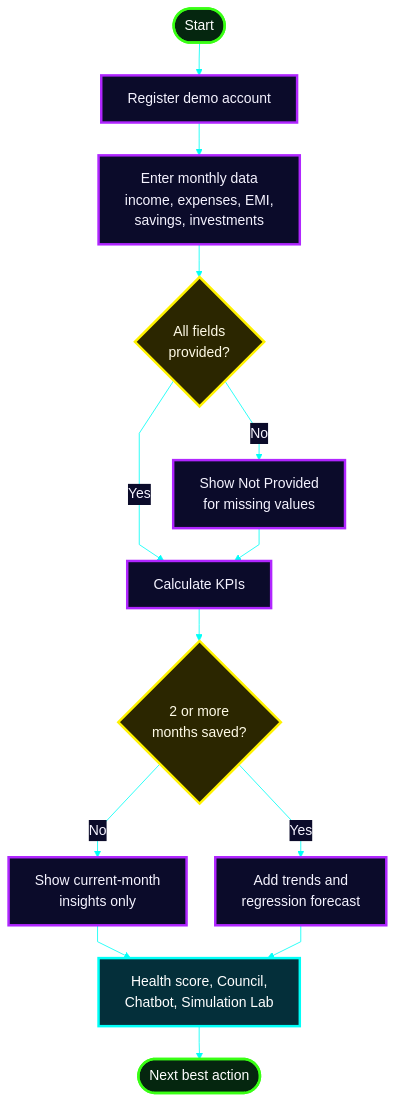
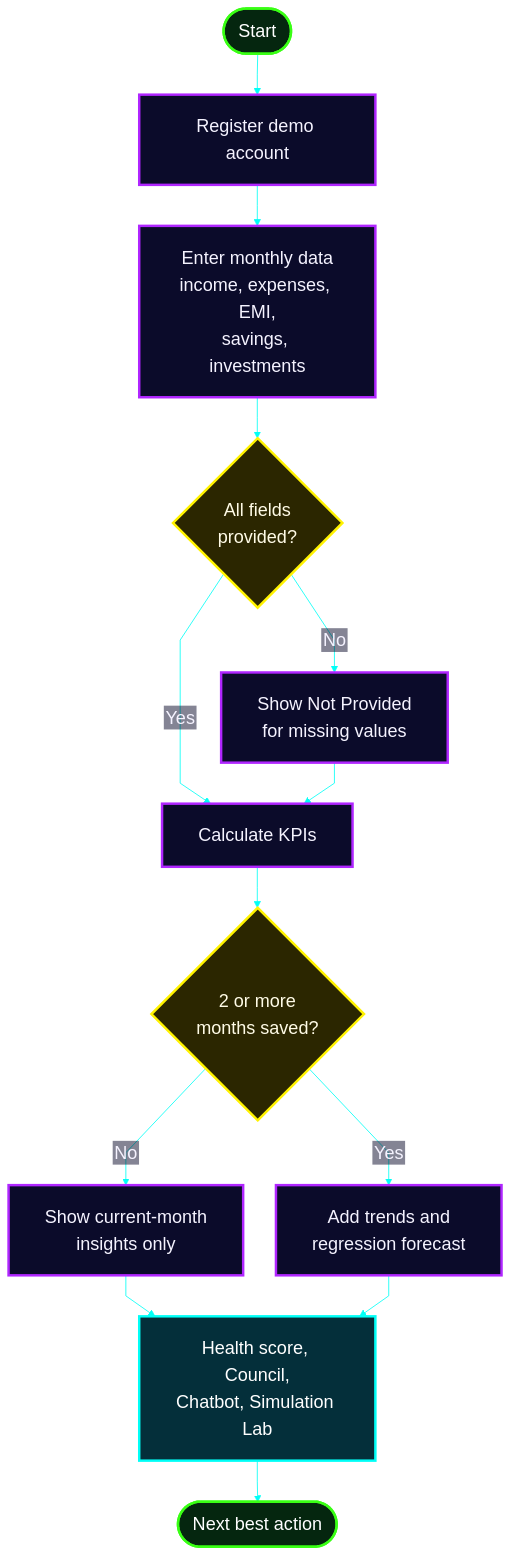
One commit to Mansi232323/MANSHORA changed the fifth of 17 diagrams in README.md. Above: the diagram before and after it, drawn with Mermaid. The commit also changed other lines of this file, not shown here.

````diff
--- a/README.md
+++ b/README.md
@@ -261,24 +247,24 @@
 ```mermaid
-%%{init: {'theme':'base','themeVariables':{'fontSize':'17px','fontFamily':'Arial, Helvetica, sans-serif','primaryColor':'#0b0b2a','primaryTextColor':'#f5f3ff','primaryBorderColor':'#b026ff','lineColor':'#00fff7','textColor':'#f5f3ff','edgeLabelBackground':'#0b0b2a'},'flowchart':{'htmlLabels':true,'nodeSpacing':35,'rankSpacing':40,'padding':16,'curve':'linear'}}}%%
+%%{init: {'theme':'base','themeVariables':{'fontSize':'22px','fontFamily':'Arial, Helvetica, sans-serif','primaryColor':'#0b0b2a','primaryTextColor':'#f5f3ff','primaryBorderColor':'#b026ff','lineColor':'#00fff7','textColor':'#f5f3ff','edgeLabelBackground':'#0b0b2a'},'flowchart':{'htmlLabels':false,'nodeSpacing':40,'rankSpacing':50,'padding':22,'curve':'linear'}}}%%
 flowchart TD
     S(["Start"]) --> R["Register demo account"]
     R --> I["Enter monthly data<br/>income, expenses, EMI,<br/>savings, investments"]
     I --> Q{"All fields<br/>provided?"}
     Q -- "No" --> NP["Show Not Provided<br/>for missing values"]
     Q -- "Yes" --> CALC["Calculate KPIs"]
     NP --> CALC
     CALC --> H{"2 or more<br/>months saved?"}
     H -- "No" --> SNAP["Show current-month<br/>insights only"]
     H -- "Yes" --> TREND["Add trends and<br/>regression forecast"]
     SNAP --> OUT["Health score, Council,<br/>Chatbot, Simulation Lab"]
     TREND --> OUT
     OUT --> ACT(["Next best action"])
     classDef start fill:#05260f,stroke:#39ff14,stroke-width:3px,color:#ffffff
     classDef step fill:#0b0b2a,stroke:#b026ff,stroke-width:3px,color:#f5f3ff
     classDef decide fill:#2b2600,stroke:#fff200,stroke-width:3px,color:#fffbe6
     classDef out fill:#042f3a,stroke:#00fff7,stroke-width:3px,color:#ffffff
     class S,ACT start
     class R,I,NP,CALC,SNAP,TREND step
     class Q,H decide
     class OUT out
 ```
````
